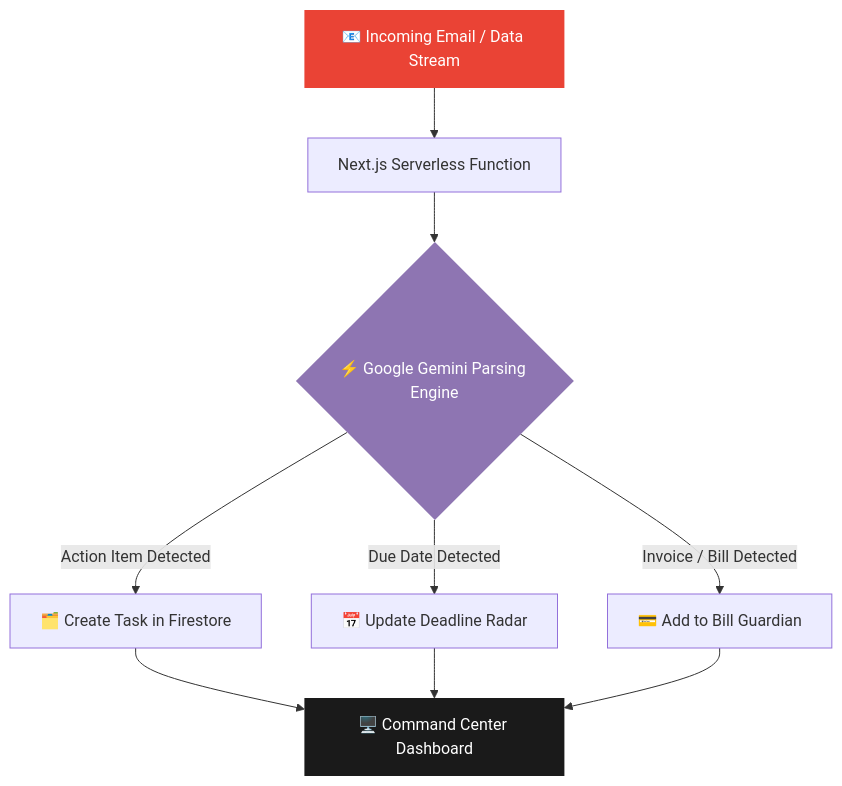
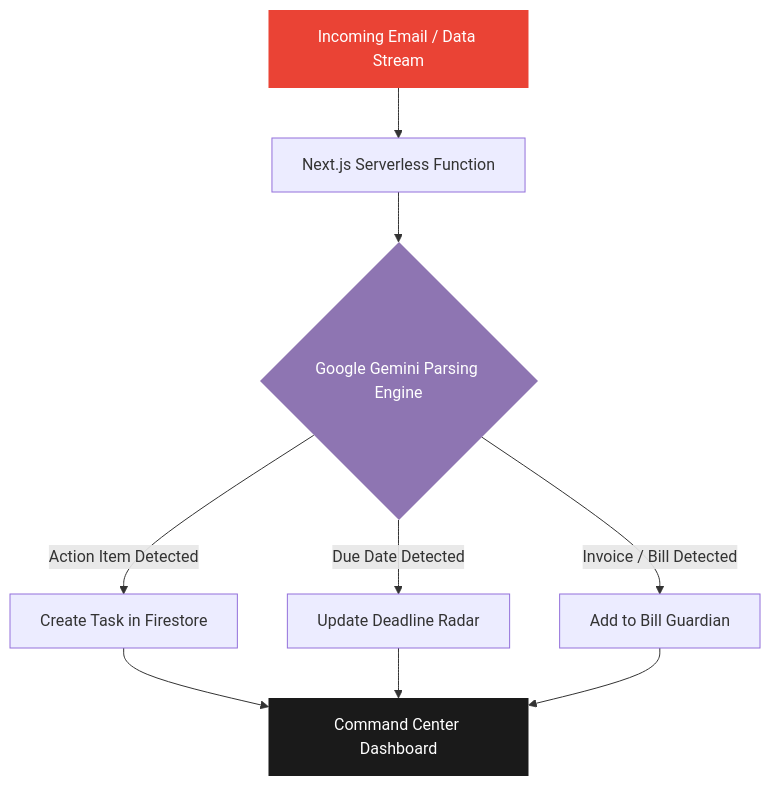
The second of 4 diagrams in README.md (bitmorphic/planic-ai), drawn with Mermaid before and after one commit. The commit also changed other lines of this file, not shown here.

````diff
--- a/README.md
+++ b/README.md
@@ -81,17 +81,17 @@
 ```mermaid
 flowchart TD
-    A[📧 Incoming Email / Data Stream] --> B[Next.js Serverless Function]
-    B --> C{⚡ Google Gemini Parsing Engine}
+    A[ Incoming Email / Data Stream] --> B[Next.js Serverless Function]
+    B --> C{Google Gemini Parsing Engine}
 
-    C -->|Action Item Detected| D[🗂️ Create Task in Firestore]
-    C -->|Due Date Detected| E[📅 Update Deadline Radar]
-    C -->|Invoice / Bill Detected| F[💳 Add to Bill Guardian]
+    C -->|Action Item Detected| D[Create Task in Firestore]
+    C -->|Due Date Detected| E[Update Deadline Radar]
+    C -->|Invoice / Bill Detected| F[Add to Bill Guardian]
 
-    D --> G[🖥️ Command Center Dashboard]
+    D --> G[Command Center Dashboard]
     E --> G
     F --> G
 
     style A fill:#EA4335,color:#fff,stroke:none
     style C fill:#8E75B2,color:#fff,stroke:none
     style G fill:#1a1a1a,color:#fff,stroke:none
 ```
````
